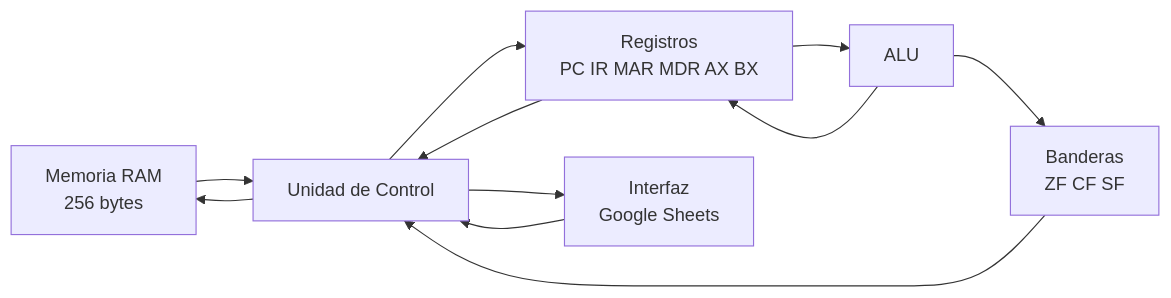
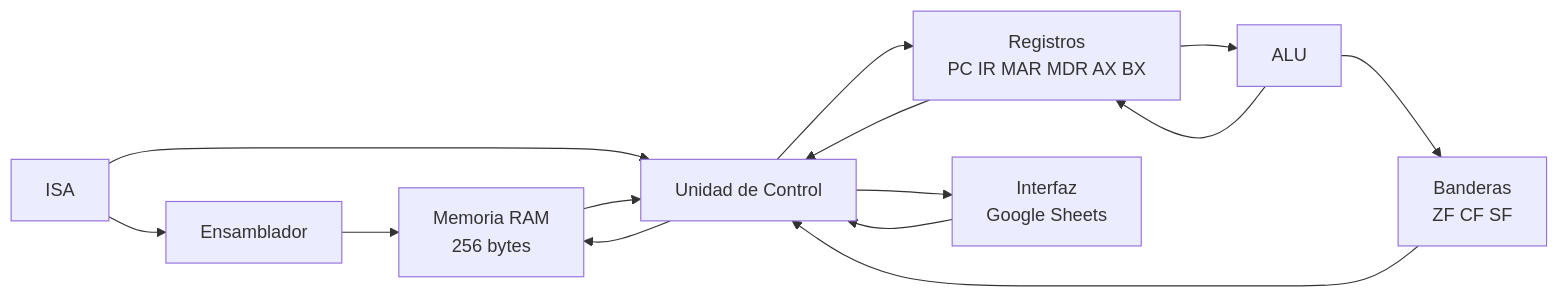
The diagram in README.md (Dieg0-andrade/Simulador-CPU-8-Bits), drawn with Mermaid before and after one commit. The commit also changed other lines of this file, not shown here.

Commit message:
docs: actualizar README con arquitectura e ISA final

````diff
--- a/README.md
+++ b/README.md
@@ -33,25 +48,31 @@
 ```mermaid
 flowchart LR
 
     RAM["Memoria RAM<br/>256 bytes"]
     CU["Unidad de Control"]
     REG["Registros<br/>PC IR MAR MDR AX BX"]
     ALU["ALU"]
     FLAGS["Banderas<br/>ZF CF SF"]
     UI["Interfaz<br/>Google Sheets"]
+    ASM["Ensamblador"]
+    ISA["ISA"]
+
+    ASM --> RAM
+    ISA --> ASM
+    ISA --> CU
 
     RAM --> CU
     CU --> RAM
 
     CU --> REG
     REG --> CU
 
     REG --> ALU
     ALU --> REG
 
     ALU --> FLAGS
     FLAGS --> CU
 
     UI --> CU
     CU --> UI
 ```
````
